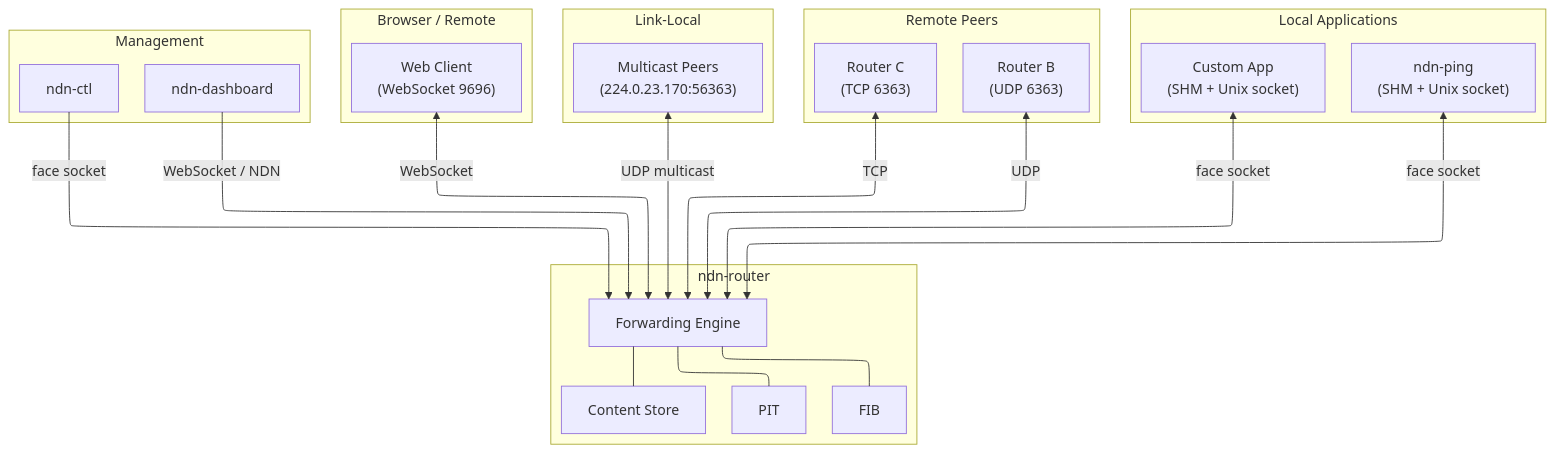
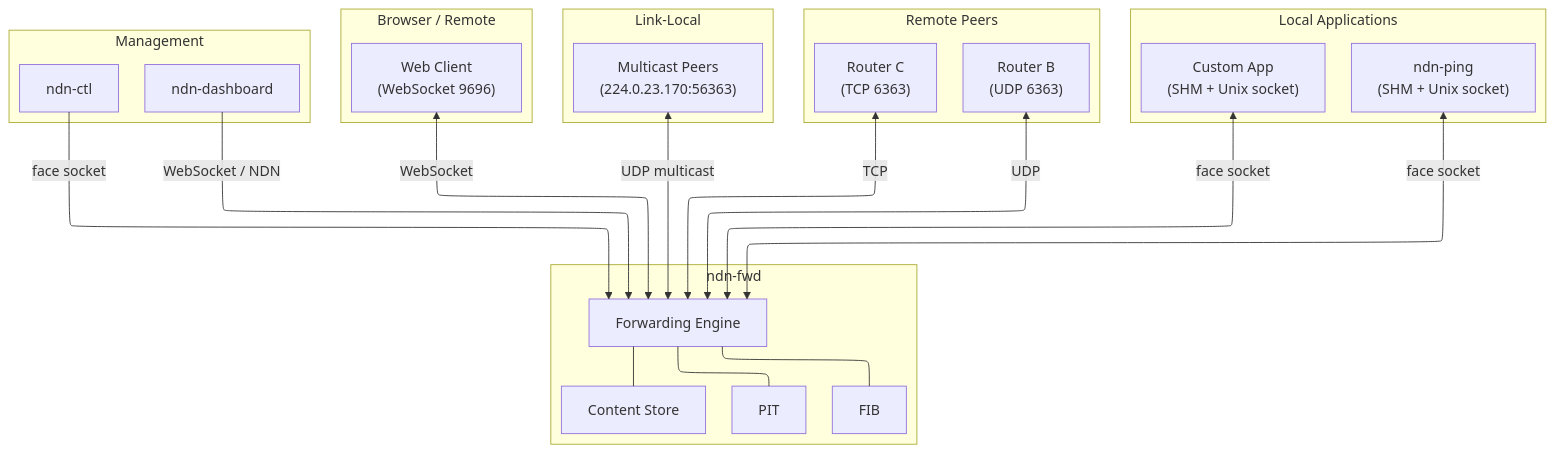
One commit to Quarmire/ndn-rs changed the diagram in docs/wiki/src/getting-started/running-router.md. Above: the diagram before and after it, drawn with Mermaid. The commit also changed other lines of this file and 29 other files, not shown here.

First line of the commit message:
docs: update ARCHITECTURE.md, wiki, and CHANGELOG for v0.1.0

````diff
--- a/docs/wiki/src/getting-started/running-router.md
+++ b/docs/wiki/src/getting-started/running-router.md
@@ -9,45 +9,45 @@
 ```mermaid
 %%{init: {"layout": "elk"}}%%
 graph TB
-    subgraph "ndn-router"
+    subgraph "ndn-fwd"
         E[Forwarding Engine]
         PIT[PIT]
         FIB[FIB]
         CS[Content Store]
         E --- PIT
         E --- FIB
         E --- CS
     end
 
     subgraph "Local Applications"
         App1["ndn-ping<br/>(SHM + Unix socket)"]
         App2["Custom App<br/>(SHM + Unix socket)"]
     end
 
     subgraph "Remote Peers"
         R1["Router B<br/>(UDP 6363)"]
         R2["Router C<br/>(TCP 6363)"]
     end
 
     subgraph "Link-Local"
         MC["Multicast Peers<br/>(224.0.23.170:56363)"]
     end
 
     subgraph "Browser / Remote"
         WS["Web Client<br/>(WebSocket 9696)"]
     end
 
     subgraph "Management"
         CTL["ndn-ctl"]
         DASH["ndn-dashboard"]
     end
 
     App1 <-->|face socket| E
     App2 <-->|face socket| E
     R1 <-->|UDP| E
     R2 <-->|TCP| E
     MC <-->|UDP multicast| E
     WS <-->|WebSocket| E
     CTL -->|face socket| E
     DASH -->|WebSocket / NDN| E
 ```
````
